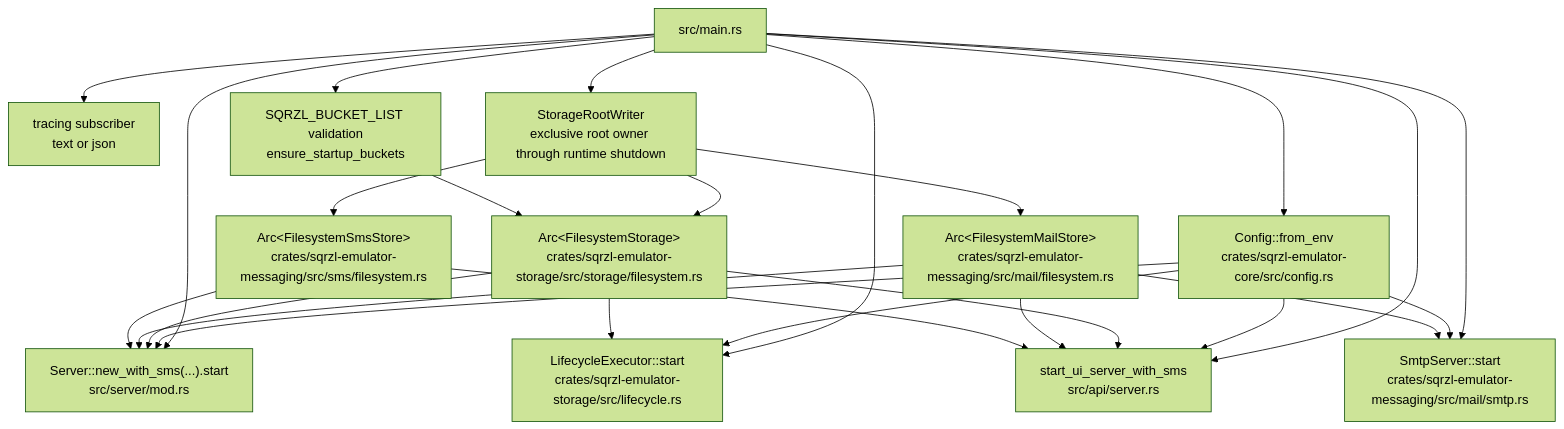
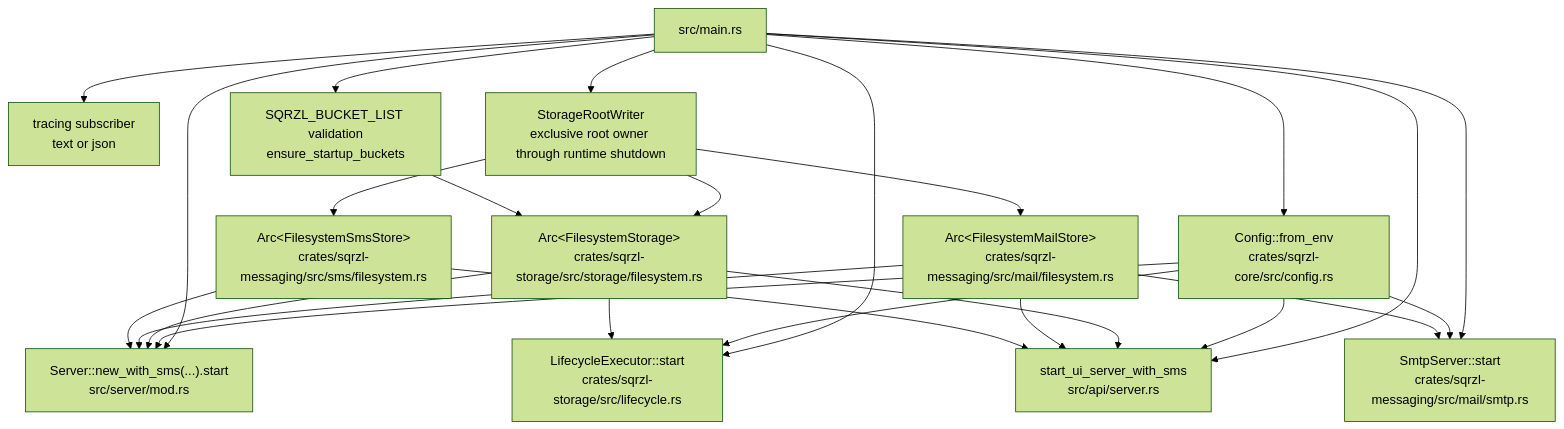
The second of 11 diagrams in docs/architecture.md (sqrzl/sqrzl-emulator), drawn with Mermaid (forest theme) before and after one commit. The commit also changed other lines of this file and 134 other files, not shown here.

Commit message:
Shorten Sqrzl emulator crate names

````diff
--- a/docs/architecture.md
+++ b/docs/architecture.md
@@ -95,41 +96,41 @@
 ```mermaid
 flowchart TB
     Main["src/main.rs"]
-    Config["Config::from_env<br/>crates/sqrzl-emulator-core/src/config.rs"]
+    Config["Config::from_env<br/>crates/sqrzl-core/src/config.rs"]
     Logging["tracing subscriber<br/>text or json"]
     RootWriter["StorageRootWriter<br/>exclusive root owner through runtime shutdown"]
     StartupBuckets["SQRZL_BUCKET_LIST validation<br/>ensure_startup_buckets"]
-    Storage["Arc&lt;FilesystemStorage&gt;<br/>crates/sqrzl-emulator-storage/src/storage/filesystem.rs"]
-    Mail["Arc&lt;FilesystemMailStore&gt;<br/>crates/sqrzl-emulator-messaging/src/mail/filesystem.rs"]
-    Sms["Arc&lt;FilesystemSmsStore&gt;<br/>crates/sqrzl-emulator-messaging/src/sms/filesystem.rs"]
-    Lifecycle["LifecycleExecutor::start<br/>crates/sqrzl-emulator-storage/src/lifecycle.rs"]
+    Storage["Arc&lt;FilesystemStorage&gt;<br/>crates/sqrzl-storage/src/storage/filesystem.rs"]
+    Mail["Arc&lt;FilesystemMailStore&gt;<br/>crates/sqrzl-messaging/src/mail/filesystem.rs"]
+    Sms["Arc&lt;FilesystemSmsStore&gt;<br/>crates/sqrzl-messaging/src/sms/filesystem.rs"]
+    Lifecycle["LifecycleExecutor::start<br/>crates/sqrzl-storage/src/lifecycle.rs"]
     ProviderServer["Server::new_with_sms(...).start<br/>src/server/mod.rs"]
     UiServer["start_ui_server_with_sms<br/>src/api/server.rs"]
-    SmtpServer["SmtpServer::start<br/>crates/sqrzl-emulator-messaging/src/mail/smtp.rs"]
+    SmtpServer["SmtpServer::start<br/>crates/sqrzl-messaging/src/mail/smtp.rs"]
 
     Main --> Config
     Main --> Logging
     Main --> RootWriter
     RootWriter --> Storage
     RootWriter --> Mail
     RootWriter --> Sms
     Main --> StartupBuckets
     StartupBuckets --> Storage
     Main --> Lifecycle
     Main --> ProviderServer
     Main --> UiServer
     Main --> SmtpServer
 
     Config --> ProviderServer
     Config --> UiServer
     Config --> Lifecycle
     Config --> SmtpServer
     Storage --> ProviderServer
     Storage --> UiServer
     Storage --> Lifecycle
     Mail --> ProviderServer
     Mail --> UiServer
     Mail --> SmtpServer
     Sms --> ProviderServer
     Sms --> UiServer
 ```
````
